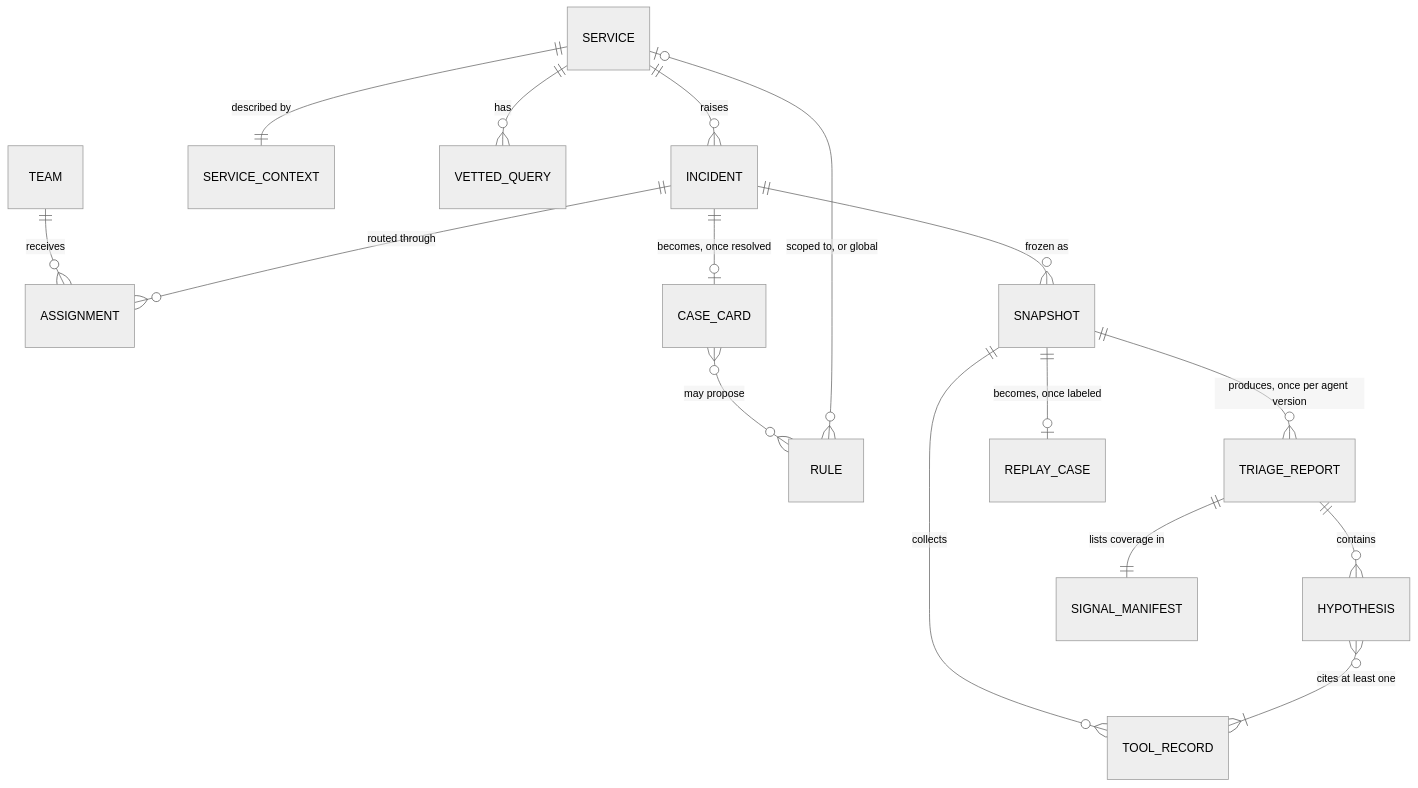
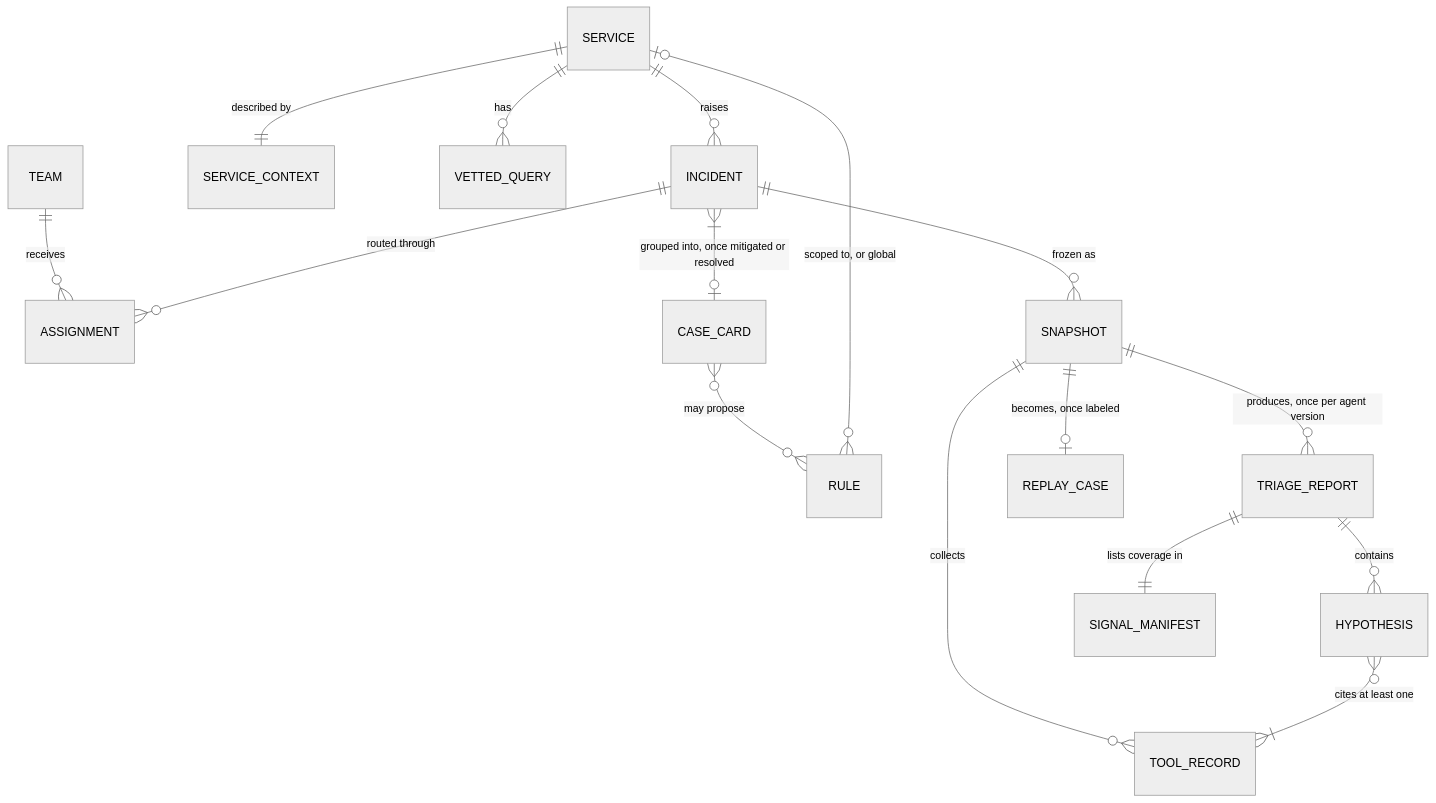
The first of 7 diagrams in docs/design/icm-triage.md (smisy/open-code-review), drawn with Mermaid (neutral theme) before and after one commit. The commit also changed other lines of this file, not shown here.

````diff
--- a/docs/design/icm-triage.md
+++ b/docs/design/icm-triage.md
@@ -65,18 +65,18 @@
 ```mermaid
 erDiagram
     SERVICE ||--o{ INCIDENT : "raises"
     SERVICE ||--|| SERVICE_CONTEXT : "described by"
     RULE }o--o| SERVICE : "scoped to, or global"
     SERVICE ||--o{ VETTED_QUERY : "has"
     TEAM ||--o{ ASSIGNMENT : "receives"
     INCIDENT ||--o{ ASSIGNMENT : "routed through"
     INCIDENT ||--o{ SNAPSHOT : "frozen as"
     SNAPSHOT ||--o{ TOOL_RECORD : "collects"
     SNAPSHOT ||--o{ TRIAGE_REPORT : "produces, once per agent version"
     TRIAGE_REPORT ||--o{ HYPOTHESIS : "contains"
     TRIAGE_REPORT ||--|| SIGNAL_MANIFEST : "lists coverage in"
     HYPOTHESIS }o--|{ TOOL_RECORD : "cites at least one"
-    INCIDENT ||--o| CASE_CARD : "becomes, once resolved"
+    INCIDENT }|--o| CASE_CARD : "grouped into, once mitigated or resolved"
     CASE_CARD }o--o{ RULE : "may propose"
     SNAPSHOT ||--o| REPLAY_CASE : "becomes, once labeled"
 ```
````
